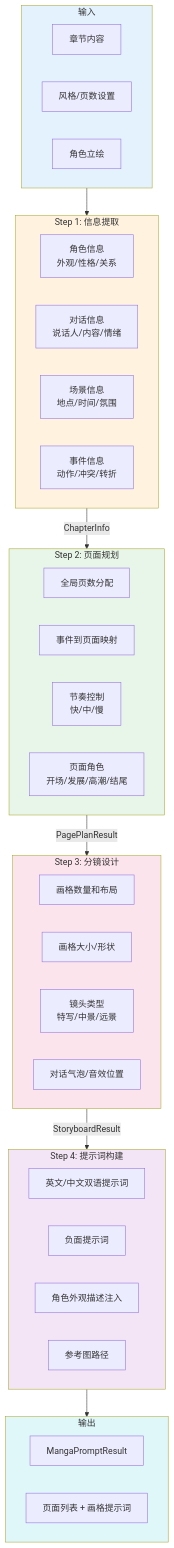
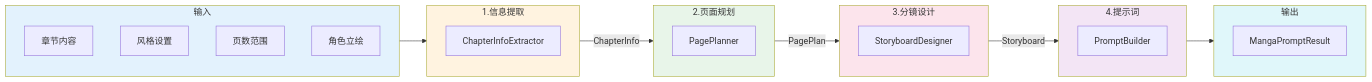
Before and after one commit to GTJasonMK/AFN: the fourth of 6 diagrams in README.md, drawn with Mermaid. The commit also changed other lines of this file, not shown here.

````diff
--- a/README.md
+++ b/README.md
@@ -230,54 +255,42 @@
 ```mermaid
-flowchart TB
-    subgraph Input["输入"]
-        I1[章节内容]
-        I2[风格/页数设置]
-        I3[角色立绘]
+flowchart LR
+    subgraph IN["输入"]
+        I1["章节内容"]
+        I2["风格设置"]
+        I3["页数范围"]
+        I4["角色立绘"]
     end
 
-    subgraph Step1["Step 1: 信息提取"]
-        E1[角色信息<br/>外观/性格/关系]
-        E2[对话信息<br/>说话人/内容/情绪]
-        E3[场景信息<br/>地点/时间/氛围]
-        E4[事件信息<br/>动作/冲突/转折]
+    subgraph S1["1.信息提取"]
+        E1["ChapterInfoExtractor"]
     end
 
-    subgraph Step2["Step 2: 页面规划"]
-        P1[全局页数分配]
-        P2[事件到页面映射]
-        P3[节奏控制<br/>快/中/慢]
-        P4[页面角色<br/>开场/发展/高潮/结尾]
+    subgraph S2["2.页面规划"]
+        P1["PagePlanner"]
     end
 
-    subgraph Step3["Step 3: 分镜设计"]
-        S1[画格数量和布局]
-        S2[画格大小/形状]
-        S3[镜头类型<br/>特写/中景/远景]
-        S4[对话气泡/音效位置]
+    subgraph S3["3.分镜设计"]
+        D1["StoryboardDesigner"]
     end
 
-    subgraph Step4["Step 4: 提示词构建"]
-        B1[英文/中文双语提示词]
-        B2[负面提示词]
-        B3[角色外观描述注入]
-        B4[参考图路径]
+    subgraph S4["4.提示词"]
+        B1["PromptBuilder"]
     end
 
-    subgraph Output["输出"]
-        O1[MangaPromptResult]
-        O2[页面列表 + 画格提示词]
+    subgraph OUT["输出"]
+        O1["MangaPromptResult"]
     end
 
-    Input --> Step1
-    Step1 -->|ChapterInfo| Step2
-    Step2 -->|PagePlanResult| Step3
-    Step3 -->|StoryboardResult| Step4
-    Step4 --> Output
+    IN --> S1
+    S1 -->|ChapterInfo| S2
+    S2 -->|PagePlan| S3
+    S3 -->|Storyboard| S4
+    S4 --> OUT
 
-    style Input fill:#e3f2fd
-    style Step1 fill:#fff3e0
-    style Step2 fill:#e8f5e9
-    style Step3 fill:#fce4ec
-    style Step4 fill:#f3e5f5
-    style Output fill:#e0f7fa
+    style IN fill:#e3f2fd
+    style S1 fill:#fff3e0
+    style S2 fill:#e8f5e9
+    style S3 fill:#fce4ec
+    style S4 fill:#f3e5f5
+    style OUT fill:#e0f7fa
 ```
````
